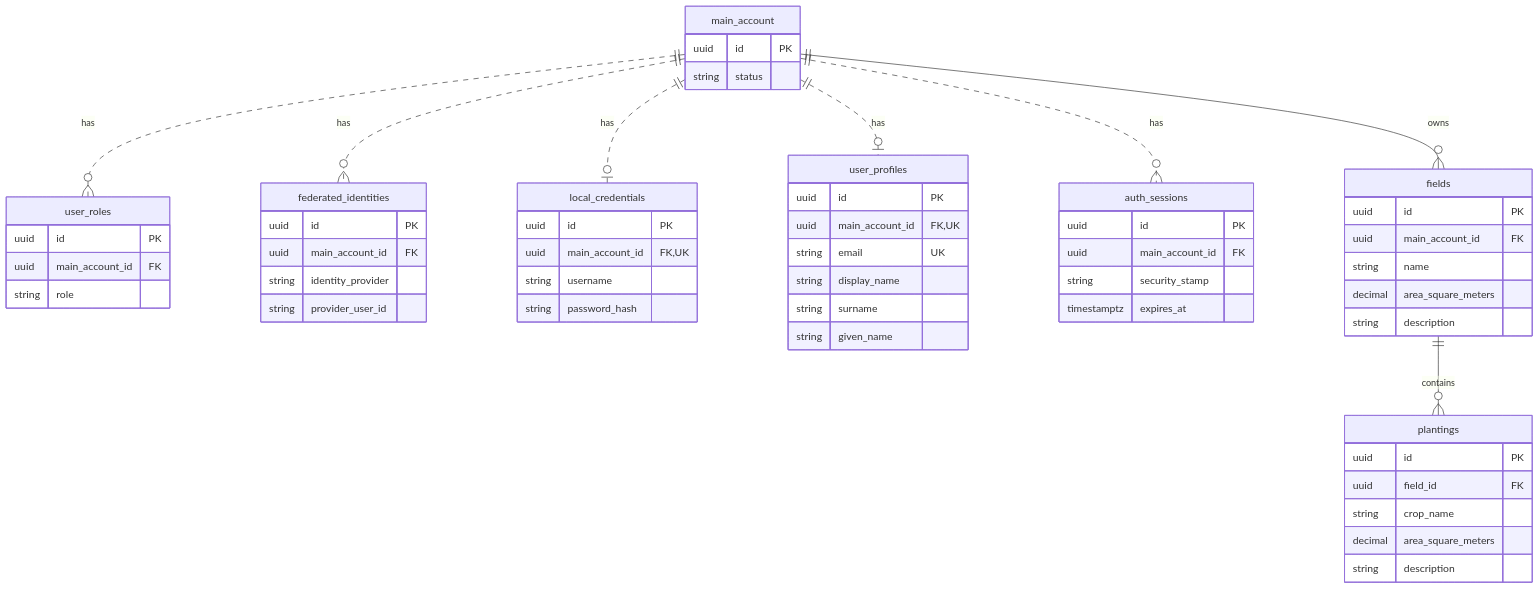
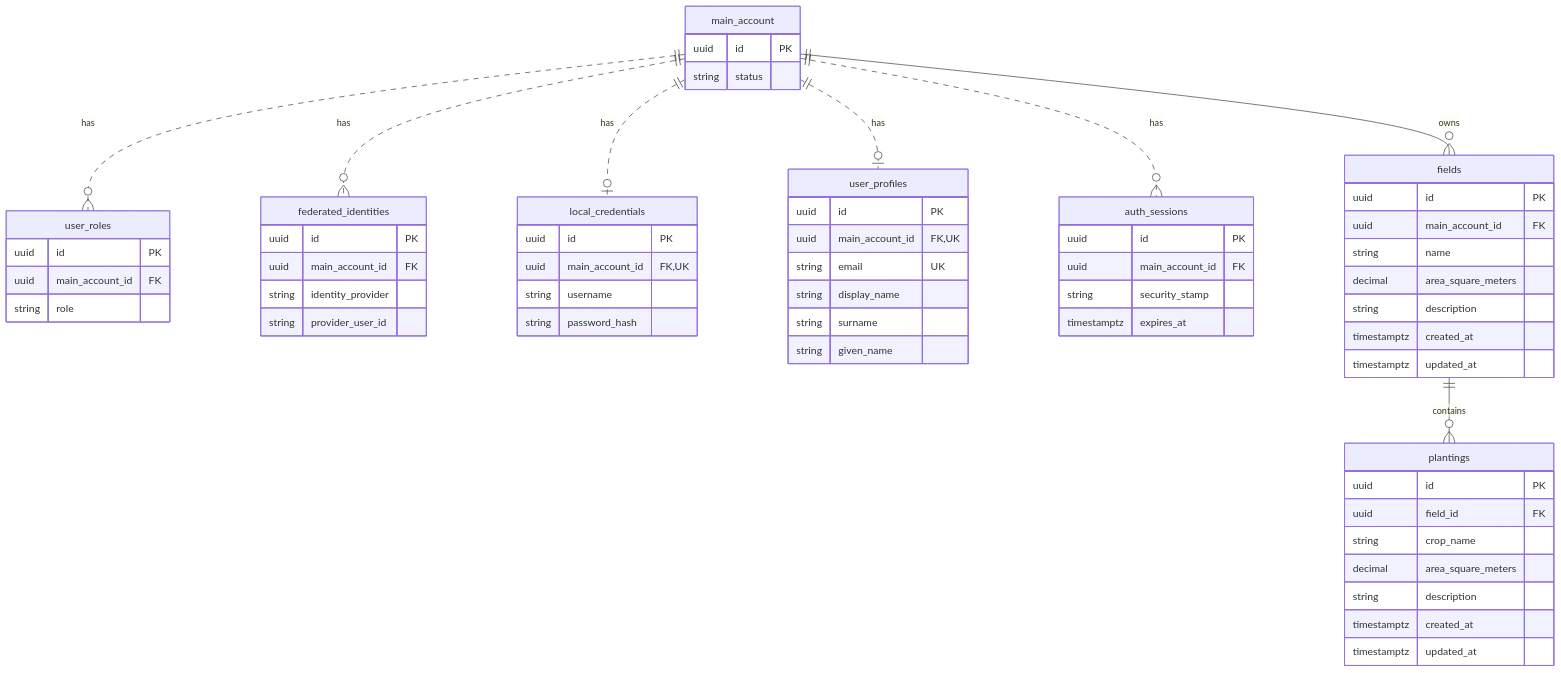
The second of 2 diagrams in docs/design/first-desktop-slice-database.md (HanChiYang/crop-pilot), drawn with Mermaid before and after one commit. The commit also changed other lines of this file and 2 other files, not shown here.

Commit message:
Document schema conventions for enums, operation details, and audit columns

````diff
--- a/docs/design/first-desktop-slice-database.md
+++ b/docs/design/first-desktop-slice-database.md
@@ -316,59 +334,63 @@
 ```mermaid
 erDiagram
     main_account ||..o{ user_roles : has
     main_account ||..o{ federated_identities : has
     main_account ||..o| local_credentials : has
     main_account ||..o| user_profiles : has
     main_account ||..o{ auth_sessions : has
     main_account ||--o{ fields : owns
     fields ||--o{ plantings : contains
     main_account {
         uuid id PK
         string status
     }
     user_roles {
         uuid id PK
         uuid main_account_id FK
         string role
     }
     federated_identities {
         uuid id PK
         uuid main_account_id FK
         string identity_provider
         string provider_user_id
     }
     local_credentials {
         uuid id PK
         uuid main_account_id FK, UK
         string username
         string password_hash
     }
     user_profiles {
         uuid id PK
         uuid main_account_id FK, UK
         string email UK
         string display_name
         string surname
         string given_name
     }
     auth_sessions {
         uuid id PK
         uuid main_account_id FK
         string security_stamp
         timestamptz expires_at
     }
     fields {
         uuid id PK
         uuid main_account_id FK
         string name
         decimal area_square_meters
         string description
+        timestamptz created_at
+        timestamptz updated_at
     }
     plantings {
         uuid id PK
         uuid field_id FK
         string crop_name
         decimal area_square_meters
         string description
+        timestamptz created_at
+        timestamptz updated_at
     }
 ```
````
